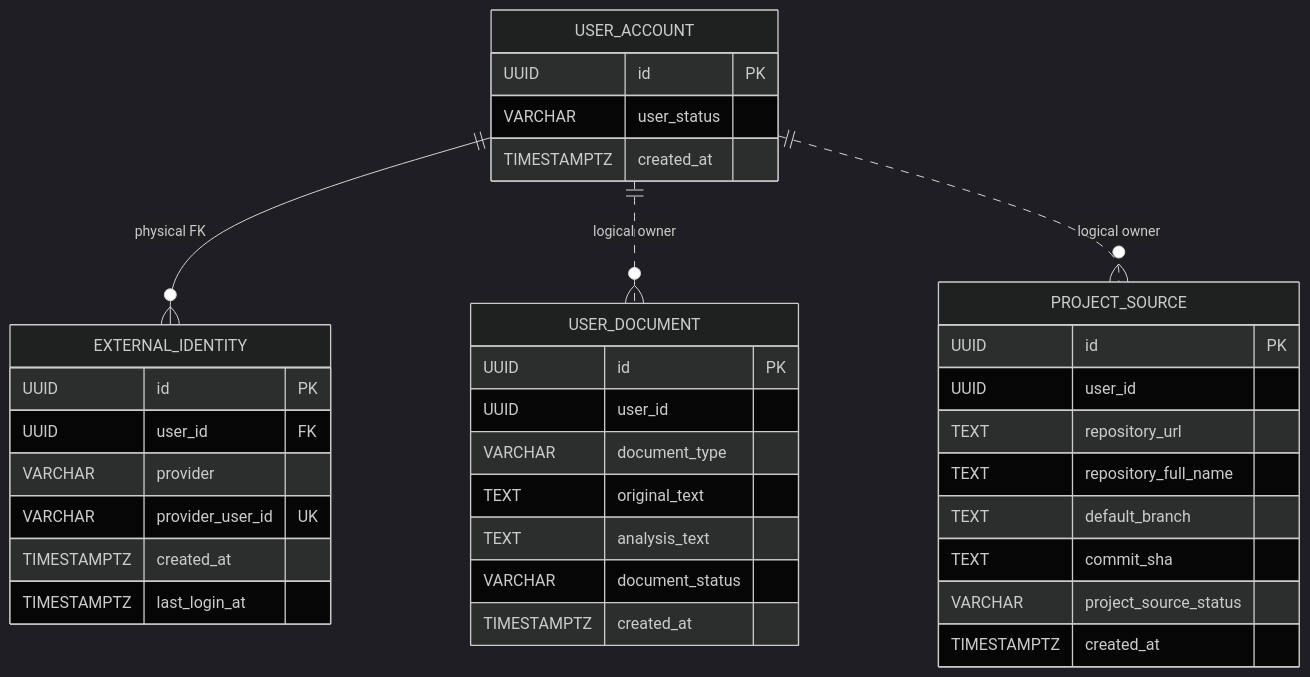
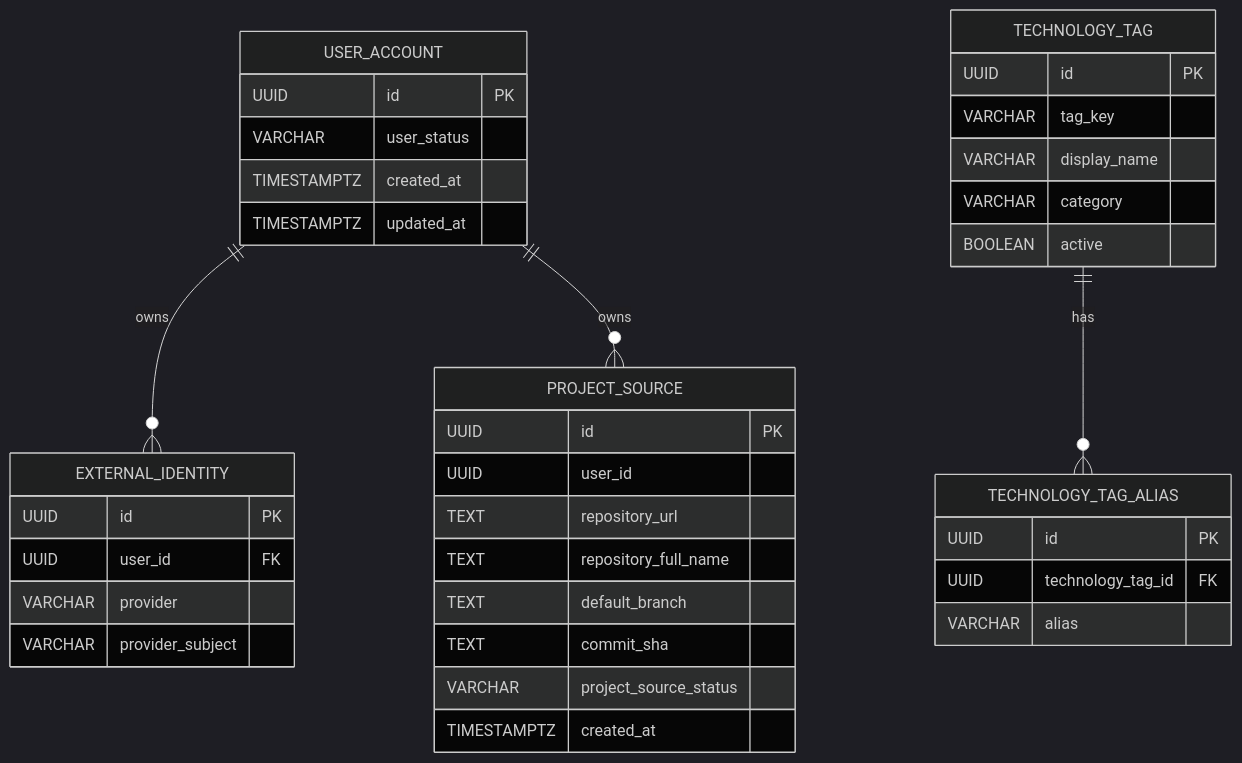
Before and after one commit to hwang67120-bit/career-compass-ai: the third of 3 diagrams in README.md, drawn with Mermaid (dark theme). The commit also changed other lines of this file and 71 other files, not shown here.

````diff
--- a/README.md
+++ b/README.md
@@ -263,42 +84,41 @@
 ```mermaid
 erDiagram
-    USER_ACCOUNT ||--o{ EXTERNAL_IDENTITY : "physical FK"
-    USER_ACCOUNT ||..o{ USER_DOCUMENT : "logical owner"
-    USER_ACCOUNT ||..o{ PROJECT_SOURCE : "logical owner"
+    USER_ACCOUNT ||--o{ EXTERNAL_IDENTITY : owns
+    USER_ACCOUNT ||--o{ PROJECT_SOURCE : owns
+    TECHNOLOGY_TAG ||--o{ TECHNOLOGY_TAG_ALIAS : has
 
     USER_ACCOUNT {
         UUID id PK
         VARCHAR user_status
         TIMESTAMPTZ created_at
+        TIMESTAMPTZ updated_at
     }
-
     EXTERNAL_IDENTITY {
         UUID id PK
         UUID user_id FK
         VARCHAR provider
-        VARCHAR provider_user_id UK
-        TIMESTAMPTZ created_at
-        TIMESTAMPTZ last_login_at
+        VARCHAR provider_subject
     }
-
-    USER_DOCUMENT {
-        UUID id PK
-        UUID user_id
-        VARCHAR document_type
-        TEXT original_text
-        TEXT analysis_text
-        VARCHAR document_status
-        TIMESTAMPTZ created_at
-    }
-
     PROJECT_SOURCE {
         UUID id PK
         UUID user_id
         TEXT repository_url
         TEXT repository_full_name
         TEXT default_branch
         TEXT commit_sha
         VARCHAR project_source_status
         TIMESTAMPTZ created_at
     }
+    TECHNOLOGY_TAG {
+        UUID id PK
+        VARCHAR tag_key
+        VARCHAR display_name
+        VARCHAR category
+        BOOLEAN active
+    }
+    TECHNOLOGY_TAG_ALIAS {
+        UUID id PK
+        UUID technology_tag_id FK
+        VARCHAR alias
+    }
 ```
````
